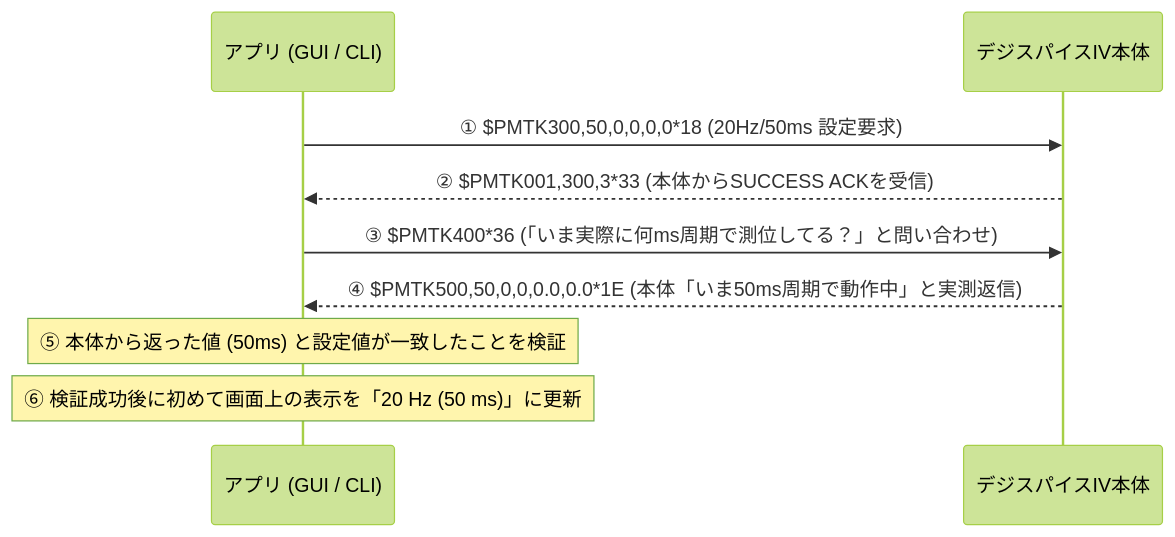
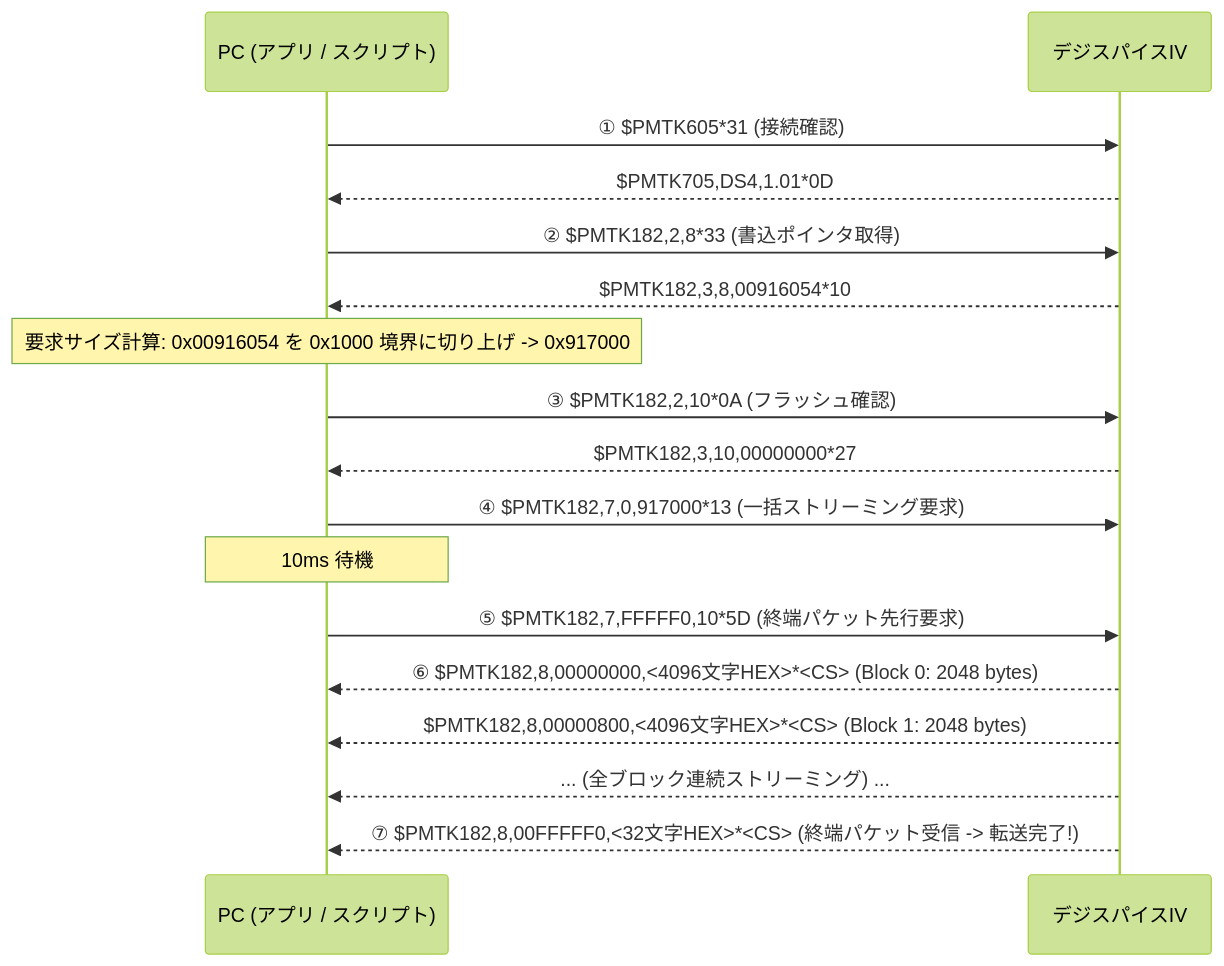
Before and after one commit to oud0n/ds_universal: the diagram in README.md, drawn with Mermaid (forest theme). The commit also changed other lines of this file and 2 other files, not shown here.

````diff
--- a/README.md
+++ b/README.md
@@ -149,11 +194,19 @@
 ```mermaid
 sequenceDiagram
-    participant App as アプリ (GUI / CLI)
-    participant Device as デジスパイスIV本体
-    App->>Device: ① $PMTK300,50,0,0,0,0*18 (20Hz/50ms 設定要求)
-    Device-->>App: ② $PMTK001,300,3*33 (本体からSUCCESS ACKを受信)
-    App->>Device: ③ $PMTK400*36 (「いま実際に何ms周期で測位してる？」と問い合わせ)
-    Device-->>App: ④ $PMTK500,50,0,0,0.0,0.0*1E (本体「いま50ms周期で動作中」と実測返信)
-    Note over App: ⑤ 本体から返った値 (50ms) と設定値が一致したことを検証
-    Note over App: ⑥ 検証成功後に初めて画面上の表示を「20 Hz (50 ms)」に更新
+    participant Host as PC (アプリ / スクリプト)
+    participant Device as デジスパイスIV
+    Host->>Device: ① $PMTK605*31 (接続確認)
+    Device-->>Host: $PMTK705,DS4,1.01*0D
+    Host->>Device: ② $PMTK182,2,8*33 (書込ポインタ取得)
+    Device-->>Host: $PMTK182,3,8,00916054*10
+    Note over Host: 要求サイズ計算: 0x00916054 を 0x1000 境界に切り上げ -> 0x917000
+    Host->>Device: ③ $PMTK182,2,10*0A (フラッシュ確認)
+    Device-->>Host: $PMTK182,3,10,00000000*27
+    Host->>Device: ④ $PMTK182,7,0,917000*13 (一括ストリーミング要求)
+    Note over Host: 10ms 待機
+    Host->>Device: ⑤ $PMTK182,7,FFFFF0,10*5D (終端パケット先行要求)
+    Device-->>Host: ⑥ $PMTK182,8,00000000,<4096文字HEX>*<CS> (Block 0: 2048 bytes)
+    Device-->>Host: $PMTK182,8,00000800,<4096文字HEX>*<CS> (Block 1: 2048 bytes)
+    Device-->>Host: ... (全ブロック連続ストリーミング) ...
+    Device-->>Host: ⑦ $PMTK182,8,00FFFFF0,<32文字HEX>*<CS> (終端パケット受信 -> 転送完了!)
 ```
````
